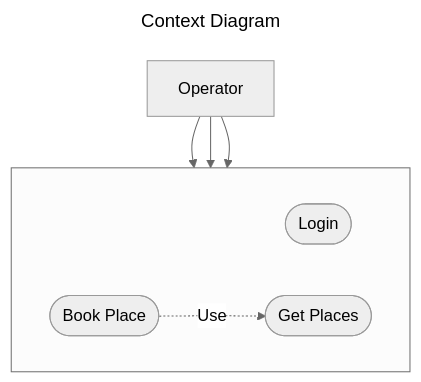
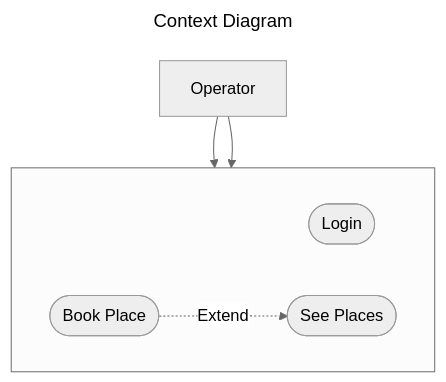
The third of 3 diagrams in mermaid_elements.md (Kuziomkin/diagrams), drawn with Mermaid before and after one commit.

````diff
--- a/mermaid_elements.md
+++ b/mermaid_elements.md
@@ -50,25 +50,24 @@
 ```mermaid
 ---
 title: Context Diagram
 config:
   layout: dagre
   look: classic
   theme: neutral
 ---
     flowchart TD
         %% define components
         O[Operator]
 
         subgraph " "
             direction LR
             L([Login])
-            G([Get Places])
+            G([See Places])
             B([Book Place])
         end
 
         %% define relationships
         O --> L
         O --> G
-        O --> B
-        B -.Use.-> G
+        B -.Extend.-> G
 ```
````
